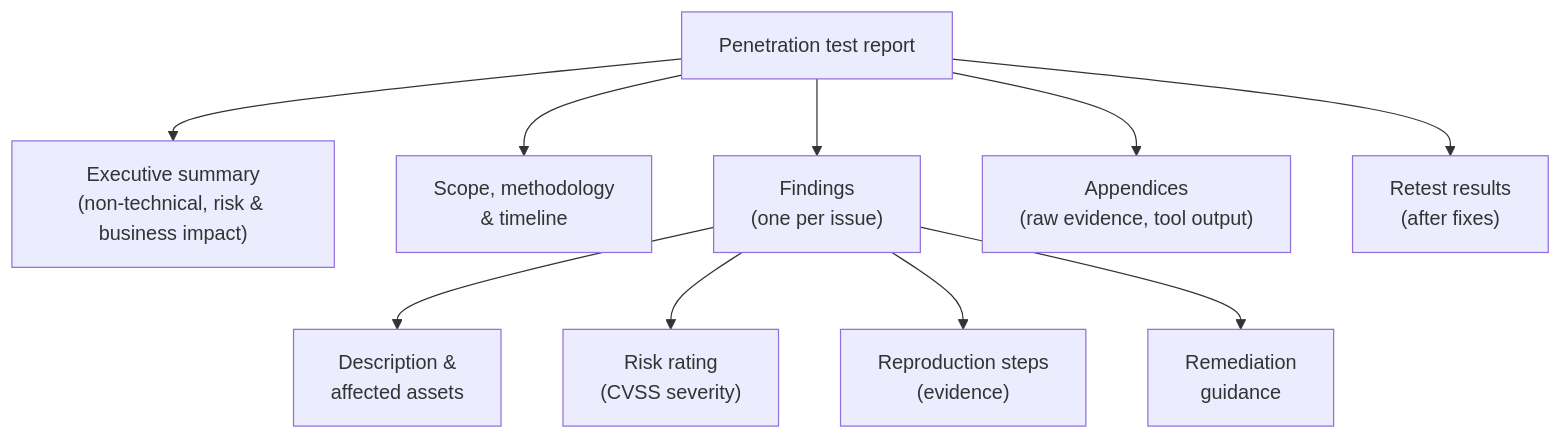
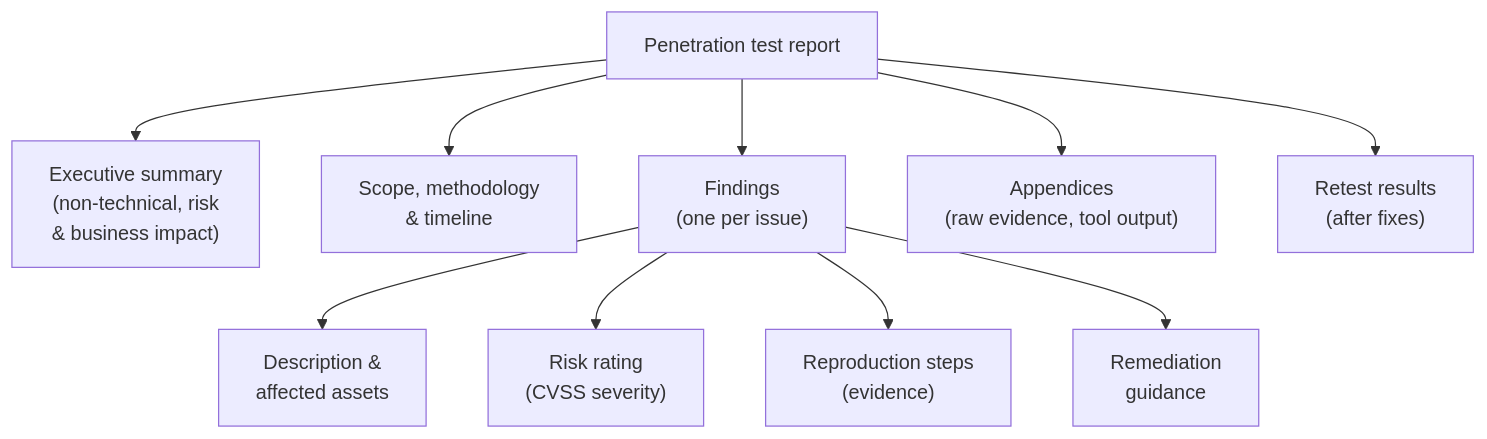
One commit to morandeirachema/WallixCerts changed the second of 2 diagrams in certs/ceh/00-overview/engagement-methodology-and-reporting.md. Above: the diagram before and after it, drawn with Mermaid. The commit also changed 35 other files, not shown here.

First line of the commit message:
Tidy Mermaid boxes: balanced wrapping at a narrower width (36)

````diff
--- a/certs/ceh/00-overview/engagement-methodology-and-reporting.md
+++ b/certs/ceh/00-overview/engagement-methodology-and-reporting.md
@@ -94,12 +94,12 @@
 ```mermaid
 flowchart TD
-    R["Penetration test report"] --> ES["Executive summary<br/>(non-technical, risk & business impact)"]
+    R["Penetration test report"] --> ES["Executive summary<br/>(non-technical, risk<br/>& business impact)"]
     R --> SC["Scope, methodology<br/>& timeline"]
     R --> FN["Findings<br/>(one per issue)"]
     FN --> F1["Description &<br/>affected assets"]
     FN --> F2["Risk rating<br/>(CVSS severity)"]
     FN --> F3["Reproduction steps<br/>(evidence)"]
     FN --> F4["Remediation<br/>guidance"]
     R --> AP["Appendices<br/>(raw evidence, tool output)"]
     R --> RT["Retest results<br/>(after fixes)"]
 ```
````
